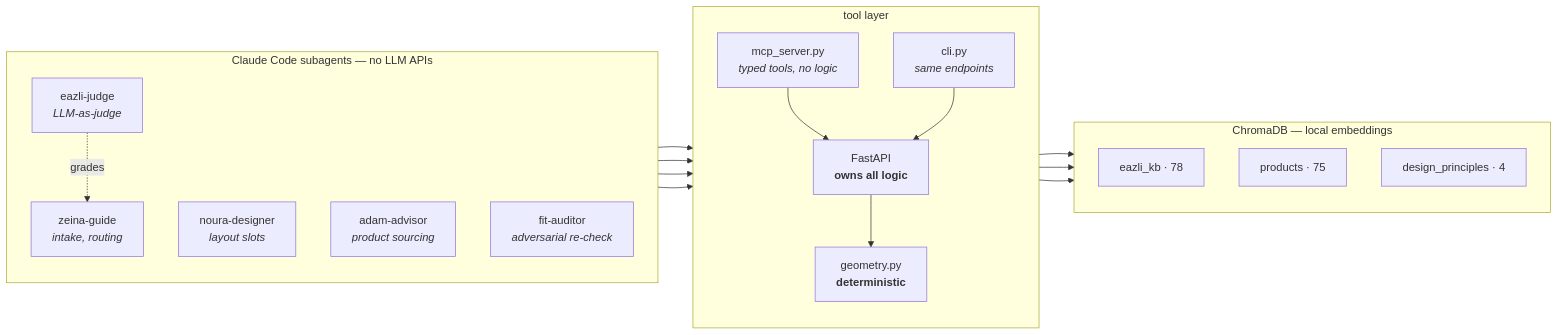
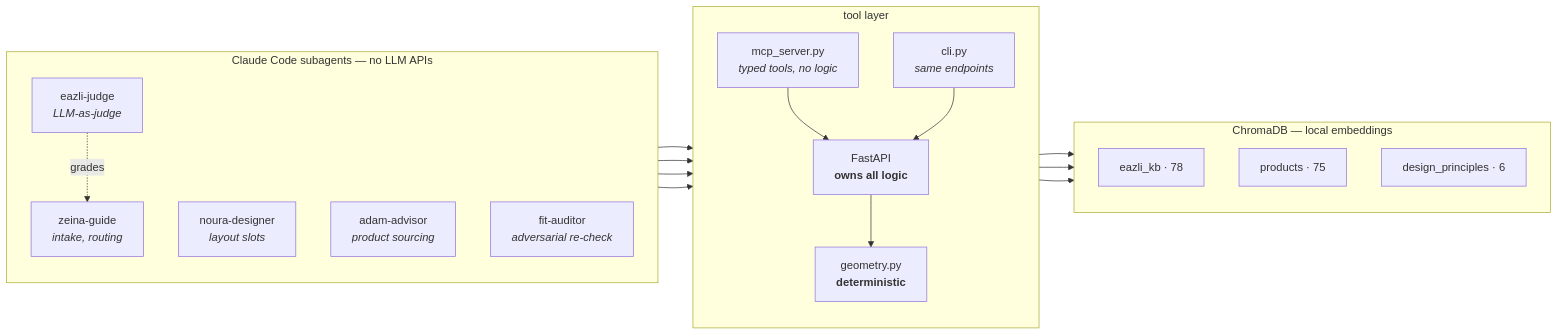
Before and after one commit to rppol/eazli-agent-swarm: the first of 2 diagrams in SHOWCASE.md, drawn with Mermaid. The commit also changed other lines of this file and 22 other files, not shown here.

````diff
--- a/SHOWCASE.md
+++ b/SHOWCASE.md
@@ -29,38 +35,38 @@
 ```mermaid
 flowchart LR
     subgraph agents["Claude Code subagents — no LLM APIs"]
         direction TB
         Z["zeina-guide<br/><i>intake, routing</i>"]
         N["noura-designer<br/><i>layout slots</i>"]
         A["adam-advisor<br/><i>product sourcing</i>"]
         F["fit-auditor<br/><i>adversarial re-check</i>"]
         J["eazli-judge<br/><i>LLM-as-judge</i>"]
     end
 
     subgraph tools["tool layer"]
         direction TB
         M["mcp_server.py<br/><i>typed tools, no logic</i>"]
         C["cli.py<br/><i>same endpoints</i>"]
         API["FastAPI<br/><b>owns all logic</b>"]
         G["geometry.py<br/><b>deterministic</b>"]
     end
 
     subgraph data["ChromaDB — local embeddings"]
         direction TB
         KB["eazli_kb · 78"]
         P["products · 75"]
-        DP["design_principles · 4"]
+        DP["design_principles · 6"]
     end
 
     Z --> M
     N --> M
     A --> M
     F --> M
     M --> API
     C --> API
     API --> G
     API --> KB
     API --> P
     API --> DP
     J -.grades.-> Z
 ```
````
